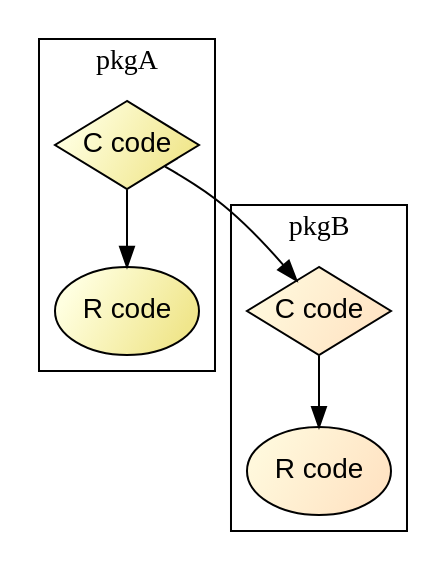
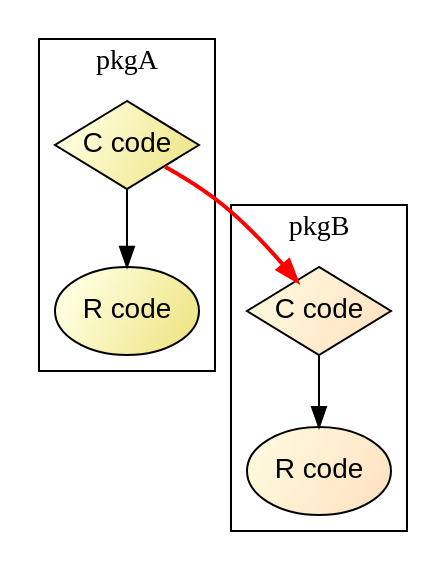
The diagram in dot/vis.gv (Accio/demo-linking-native), drawn with Graphviz before and after one commit. The commit also changed 1 other file, not shown here.

Commit message:
use 'penwidth' to change edge thickness, and use a red arrow to highlight the key message

```diff
--- a/dot/vis.gv
+++ b/dot/vis.gv
@@ -1,35 +1,35 @@
 digraph D {
   compound=true;
 
   node [shape = ellipse,
       style = filled,
       fixedsize=true,
       width=1,
       height=0.618,
       fontsize=14,
       fillcolor = "lightyellow:khaki",
       gradientangle=315,
       fontname="Helvetica"]
   ar [label = "R code"];
   ac [label = "C code", shape = "diamond"];
   br [label = "R code", fillcolor = "cornsilk:bisque"];
   bc [label = "C code", shape = "diamond", fillcolor = "cornsilk:bisque"];
 
   edge [color = black,
        arrowname = vee,
        fontname="Helvetica",
        fontsize=10]
 
   /* to be visually separated, subgraphs must be prefixed with cluster_ */
   /* and only the DOT and FDP layout seam to support subgraphs */
   subgraph cluster_pkgA {
     label = "pkgA";
     ac -> ar;
   }
   subgraph cluster_pkgB {
     label = "pkgB";
     bc -> br;
   }
 
-  ac -> bc;
+  ac -> bc [color="red", penwidth=2];
 }
```
